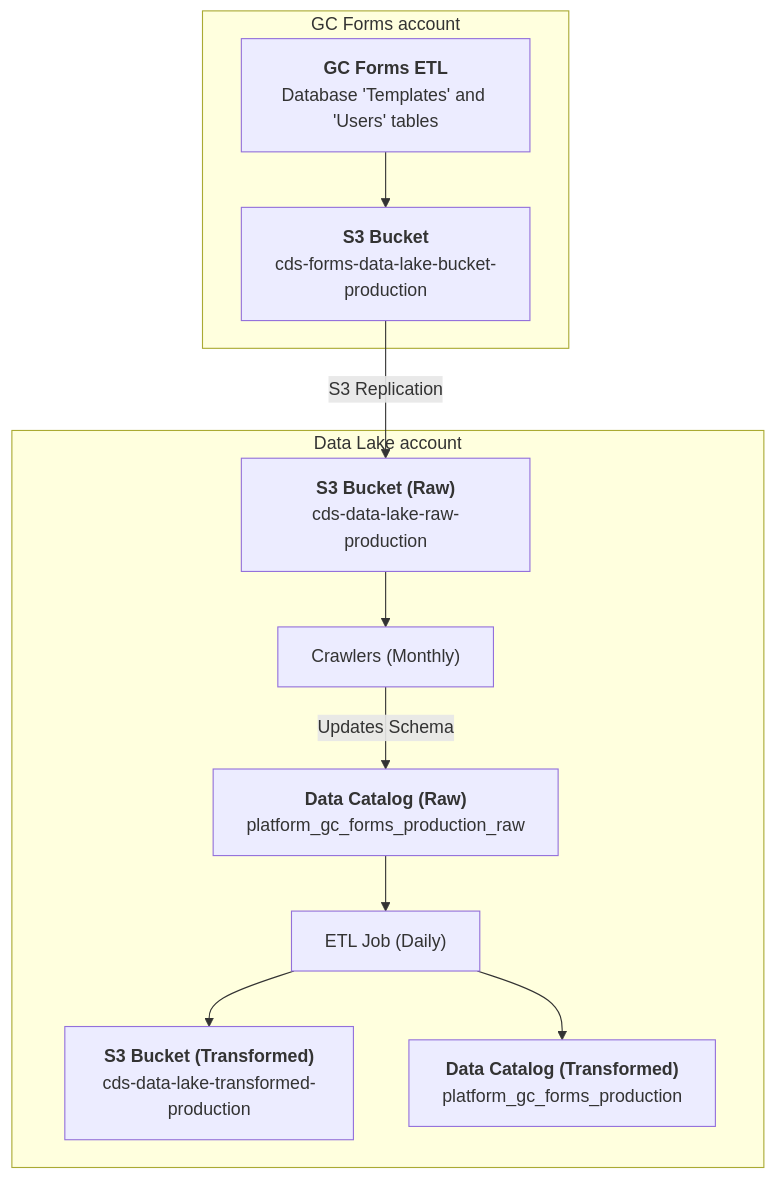
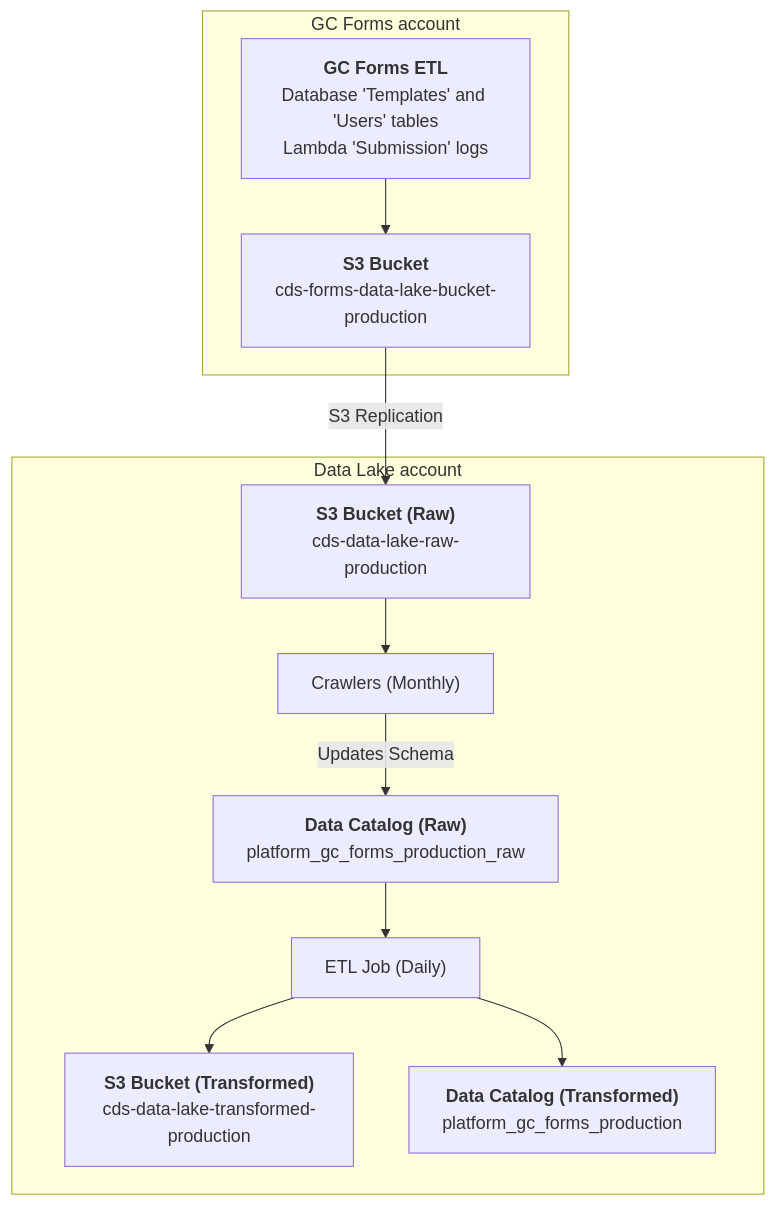
One commit to cds-snc/data-lake changed the diagram in docs/data/pipelines/platform/gc-forms/templates.md. Above: the diagram before and after it, drawn with Mermaid. The commit also changed other lines of this file and 2 other files, not shown here.

````diff
--- a/docs/data/pipelines/platform/gc-forms/templates.md
+++ b/docs/data/pipelines/platform/gc-forms/templates.md
@@ -61,31 +68,31 @@
 ```mermaid
 graph TD
     %% Source Systems
-    FormsETL["`**GC Forms ETL**<br/>Database 'Templates' and 'Users' tables`"]
+    FormsETL["`**GC Forms ETL**<br/>Database 'Templates' and 'Users' tables<br/>Lambda 'Submission' logs`"]
     
     %% Storage
     FormsS3["`**S3 Bucket**<br/>cds-forms-data-lake-bucket-production`"]
     RawS3["`**S3 Bucket (Raw)**<br/>cds-data-lake-raw-production`"]
     TransS3["`**S3 Bucket (Transformed)**<br/>cds-data-lake-transformed-production`"]
     
     %% Processing
     Crawlers["Crawlers (Monthly)"]
     CatalogRaw["`**Data Catalog (Raw)**<br/>platform_gc_forms_production_raw`"]
     CatalogTransformed["`**Data Catalog (Transformed)**<br/>platform_gc_forms_production`"]
     ETL["ETL Job (Daily)"]
 
     %% Flow
     subgraph org[GC Forms account]
         FormsETL --> FormsS3
     end
 
     FormsS3 --> |S3 Replication|RawS3
 
     subgraph datalake[Data Lake account]
         RawS3 --> Crawlers
         Crawlers --> |Updates Schema|CatalogRaw
         CatalogRaw --> ETL
         ETL --> TransS3
         ETL --> CatalogTransformed
     end
 ```
````
